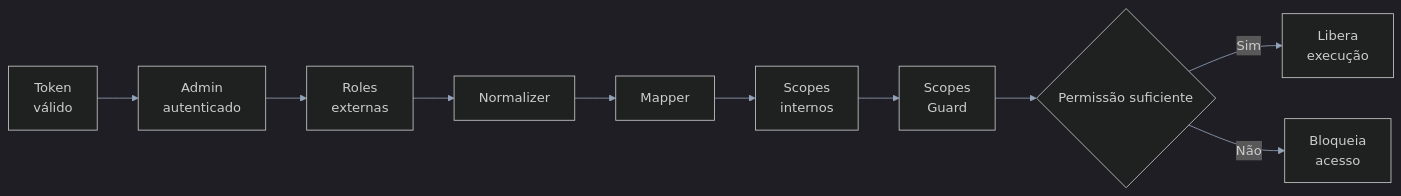
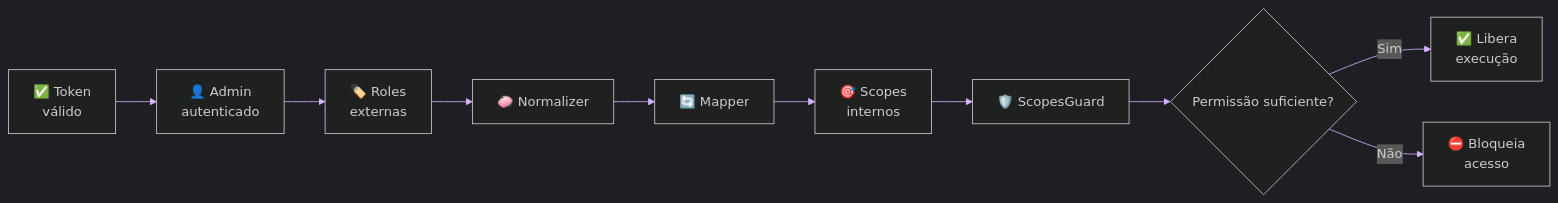
One commit to matheusdiamantino-betalent/IA changed the sixth of 9 diagrams in RFC-0001-Auth.md. Above: the diagram before and after it, drawn with Mermaid. The commit also changed other lines of this file, not shown here.

````diff
--- a/RFC-0001-Auth.md
+++ b/RFC-0001-Auth.md
@@ -472,21 +520,23 @@
 ```mermaid
 %%{init: {'theme':'dark','themeVariables': {
-  'primaryColor':'#111827',
-  'primaryTextColor':'#e5e7eb',
-  'primaryBorderColor':'#a855f7',
-  'lineColor':'#94a3b8',
-  'secondaryColor':'#0f172a',
-  'tertiaryColor':'#1f2937',
-  'fontFamily':'Inter, Segoe UI, Arial'
+  'background':'#020617',
+  'primaryColor':'#0f172a',
+  'primaryTextColor':'#e2e8f0',
+  'primaryBorderColor':'#c084fc',
+  'lineColor':'#d8b4fe',
+  'secondaryColor':'#111827',
+  'tertiaryColor':'#1e293b',
+  'fontFamily':'Inter, Segoe UI, Arial',
+  'fontSize':'16px'
 }}}%%
 flowchart LR
-    A["Token\nválido"] --> B["Admin\nautenticado"]
-    B --> C["Roles\nexternas"]
-    C --> D["Normalizer"]
-    D --> E["Mapper"]
-    E --> F["Scopes\ninternos"]
-    F --> G["Scopes\nGuard"]
-    G --> H{"Permissão suficiente"}
-    H -- "Sim" --> I["Libera\nexecução"]
-    H -- "Não" --> J["Bloqueia\nacesso"]
+    A["✅ Token<br/>válido"] --> B["👤 Admin<br/>autenticado"]
+    B --> C["🏷️ Roles<br/>externas"]
+    C --> D["🧼 Normalizer"]
+    D --> E["🔄 Mapper"]
+    E --> F["🎯 Scopes<br/>internos"]
+    F --> G["🛡️ ScopesGuard"]
+    G --> H{"Permissão suficiente?"}
+    H -- "Sim" --> I["✅ Libera<br/>execução"]
+    H -- "Não" --> J["⛔ Bloqueia<br/>acesso"]
 ```
````
